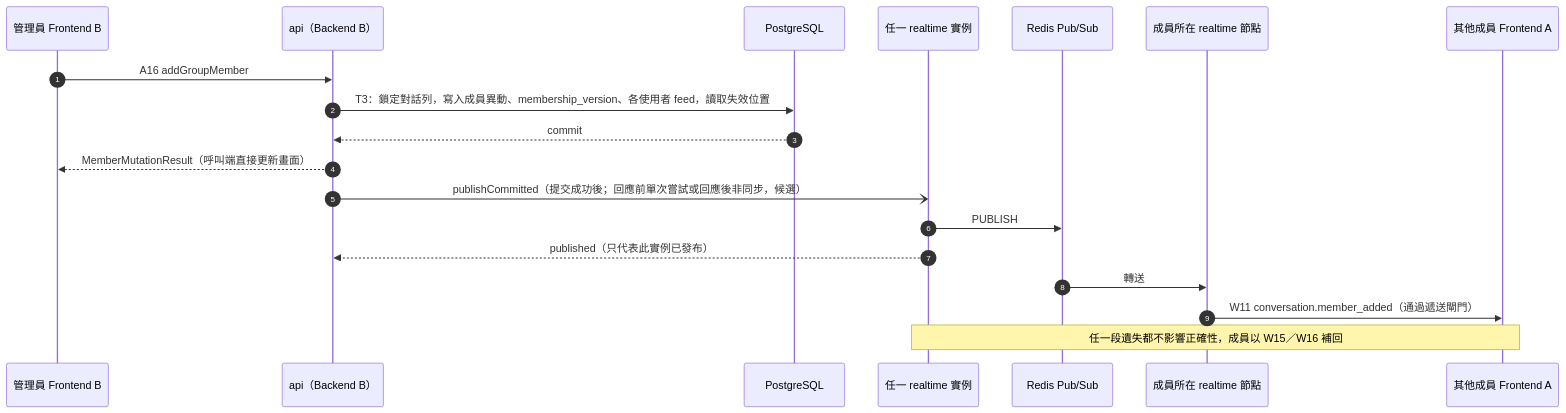
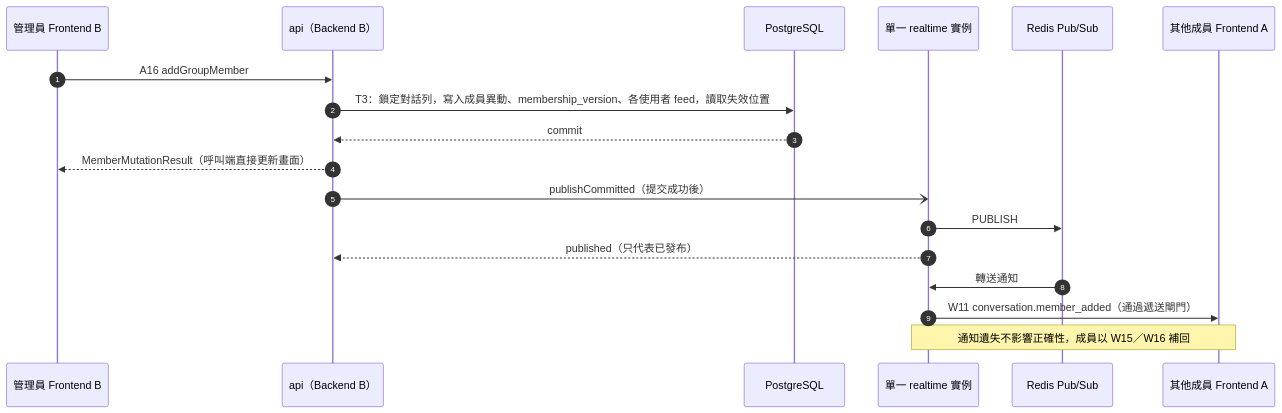
The fifth of 9 diagrams in docs/architecture/README.md (LeoCheng-space/Hine), drawn with Mermaid before and after one commit. The commit also changed other lines of this file and 24 other files, not shown here.

````diff
--- a/docs/architecture/README.md
+++ b/docs/architecture/README.md
@@ -202,21 +197,20 @@
 ```mermaid
 sequenceDiagram
   autonumber
   participant A as 管理員 Frontend B
   participant B as api（Backend B）
   participant DB as PostgreSQL
-  participant RX as 任一 realtime 實例
+  participant R as 單一 realtime 實例
   participant PS as Redis Pub/Sub
-  participant R as 成員所在 realtime 節點
   participant M as 其他成員 Frontend A
   A->>B: A16 addGroupMember
   B->>DB: T3：鎖定對話列，寫入成員異動、membership_version、各使用者 feed，讀取失效位置
   DB-->>B: commit
   B-->>A: MemberMutationResult（呼叫端直接更新畫面）
-  B-)RX: publishCommitted（提交成功後；回應前單次嘗試或回應後非同步，候選）
-  RX->>PS: PUBLISH
-  RX-->>B: published（只代表此實例已發布）
-  PS->>R: 轉送
+  B-)R: publishCommitted（提交成功後）
+  R->>PS: PUBLISH
+  R-->>B: published（只代表已發布）
+  PS->>R: 轉送通知
   R->>M: W11 conversation.member_added（通過遞送閘門）
-  Note over RX,M: 任一段遺失都不影響正確性，成員以 W15／W16 補回
+  Note over R,M: 通知遺失不影響正確性，成員以 W15／W16 補回
 ```
````
